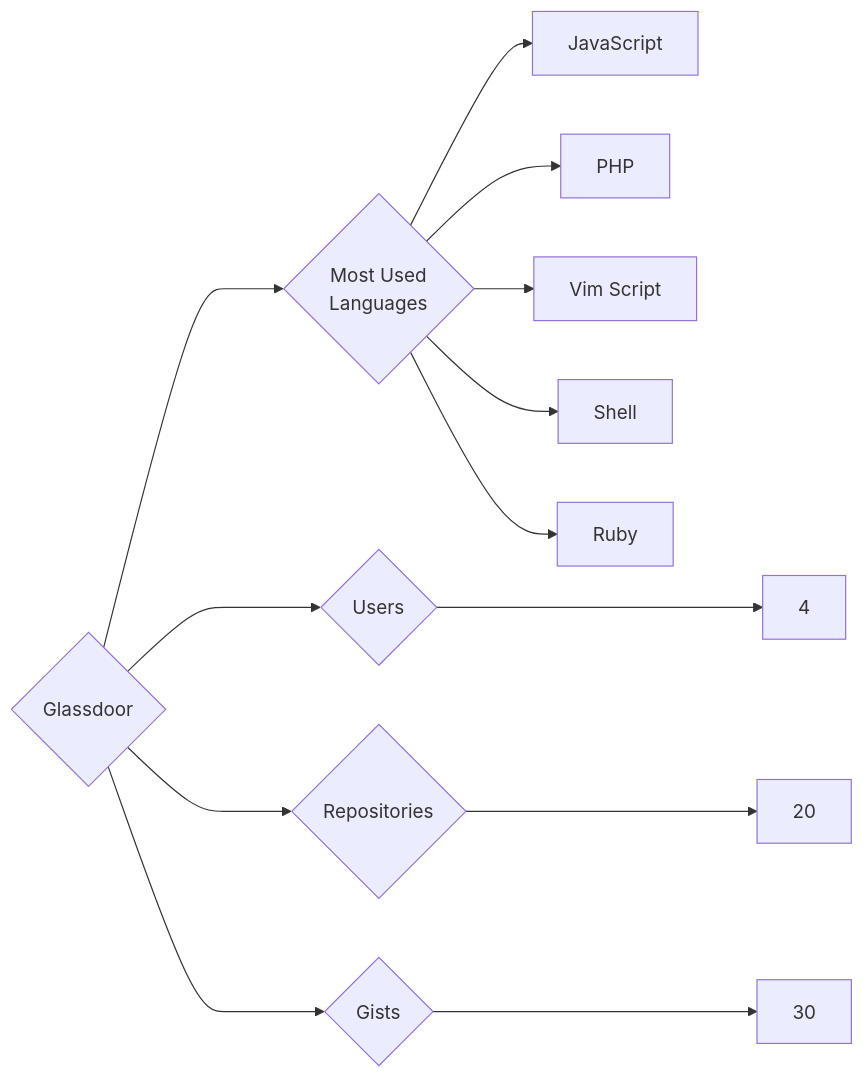
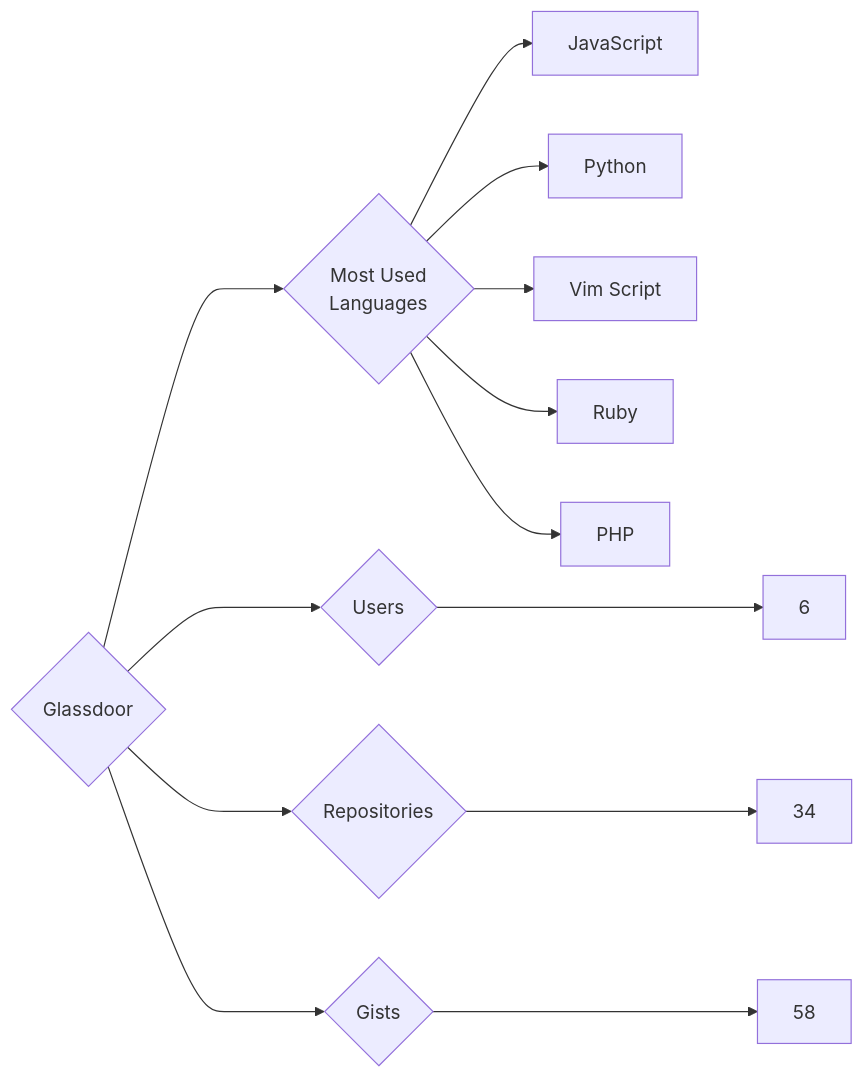
One commit to trickest/insiders changed the diagram in targets/Glassdoor/README.md. Above: the diagram before and after it, drawn with Mermaid. The commit also changed 859 other files, not shown here.

````diff
--- a/targets/Glassdoor/README.md
+++ b/targets/Glassdoor/README.md
@@ -3,13 +3,13 @@
 ```mermaid
 graph LR
 COMPANY_NAME{Glassdoor}
-COMPANY_NAME ---> U{Users} ---> UN[4]
-COMPANY_NAME ---> R{Repositories} ---> RN[20]
-COMPANY_NAME ---> G{Gists} ---> GN[30]
+COMPANY_NAME ---> U{Users} ---> UN[6]
+COMPANY_NAME ---> R{Repositories} ---> RN[34]
+COMPANY_NAME ---> G{Gists} ---> GN[58]
 COMPANY_NAME ---> ML{Most Used<br>Languages}
 ML --> JavaScript[JavaScript]
+ML --> Python[Python]
+ML --> Vim_Script[Vim Script]
+ML --> Ruby[Ruby]
 ML --> PHP[PHP]
-ML --> Vim_Script[Vim Script]
-ML --> Shell[Shell]
-ML --> Ruby[Ruby]
 ```
````
